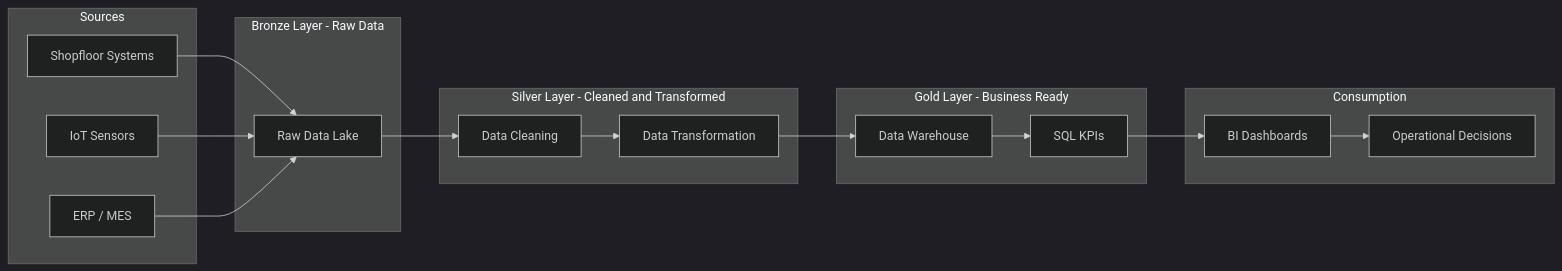
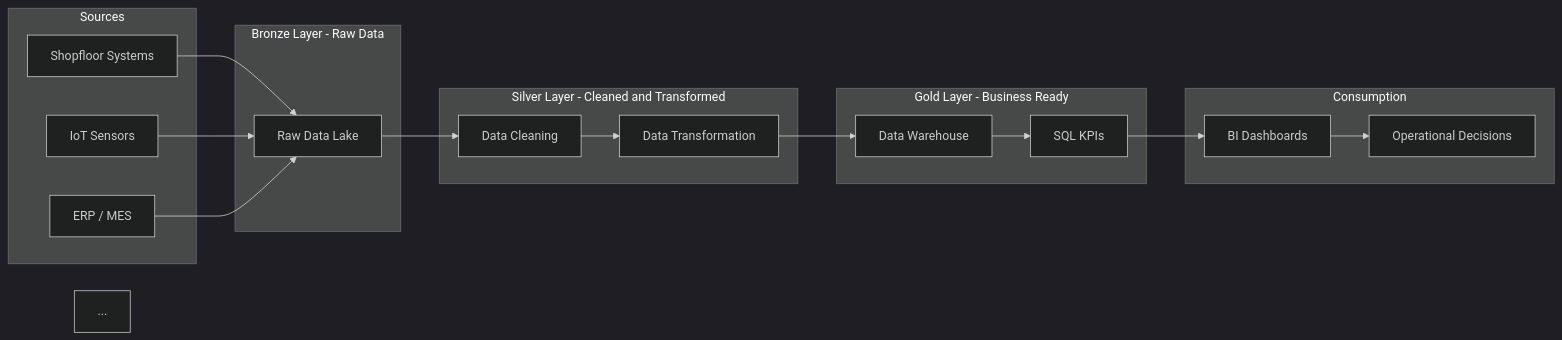
Before and after one commit to mounkaila-issoufou/industrial-downtime-analytics: the diagram in README.md, drawn with Mermaid (dark theme). The commit also changed other lines of this file, not shown here.

Commit message:
fix(mermaid): correct subgraph labels to enable rendering
* Added quotes around subgraph titles containing spaces and hyphens
* Ensures compatibility with Mermaid parsers that fail on unquoted labels
* Fixes diagram rendering issue

Before:
subgraph Bronze Layer - Raw Data

After:
subgraph 'Bronze Layer - Raw Data'

````diff
--- a/README.md
+++ b/README.md
@@ -207,38 +207,39 @@
 ```mermaid
 flowchart LR
 
     subgraph "Sources"
         A[Shopfloor Systems]
         B[IoT Sensors]
         C[ERP / MES]
     end
 
     subgraph "Bronze Layer - Raw Data"
         D[Raw Data Lake]
     end
 
     subgraph "Silver Layer - Cleaned and Transformed"
         E[Data Cleaning]
         F[Data Transformation]
     end
 
     subgraph "Gold Layer - Business Ready"
         G[Data Warehouse]
         H[SQL KPIs]
     end
 
     subgraph "Consumption"
         I[BI Dashboards]
         J[Operational Decisions]
     end
 
     A --> D
     B --> D
     C --> D
     D --> E
     E --> F
     F --> G
     G --> H
     H --> I
     I --> J
+...
 ```
````
